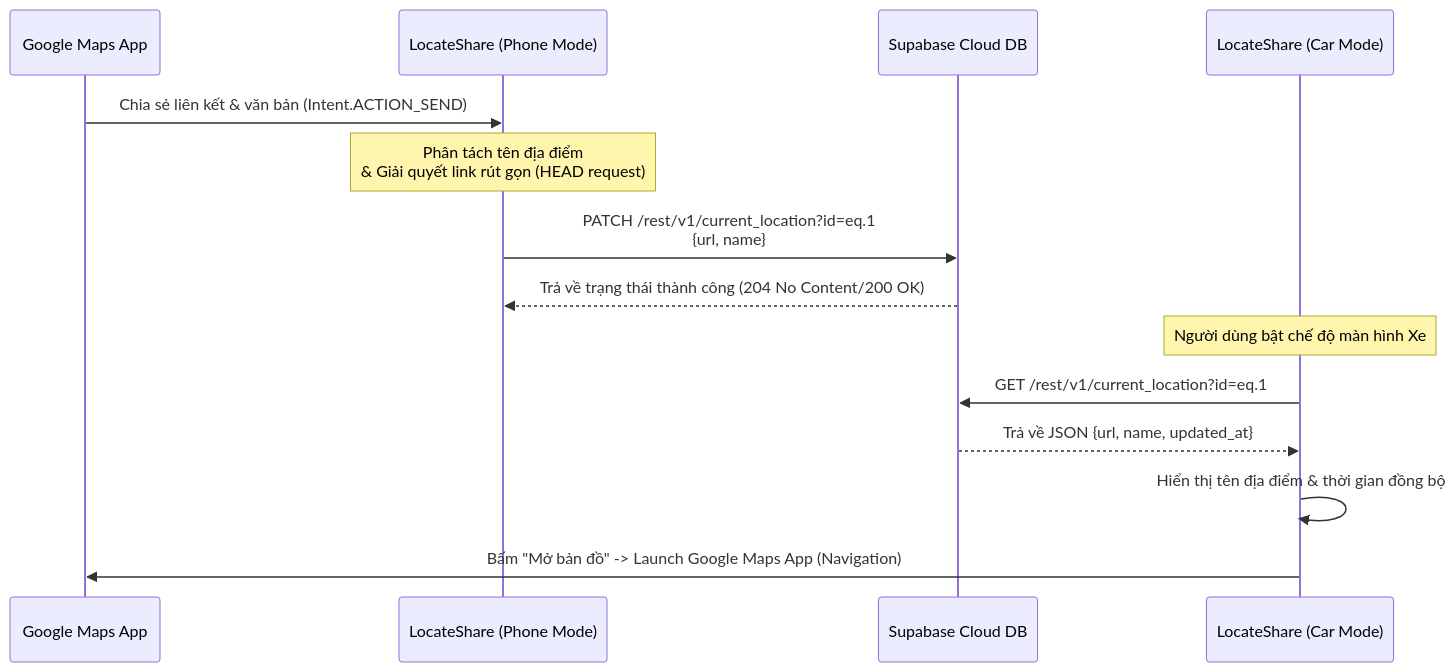
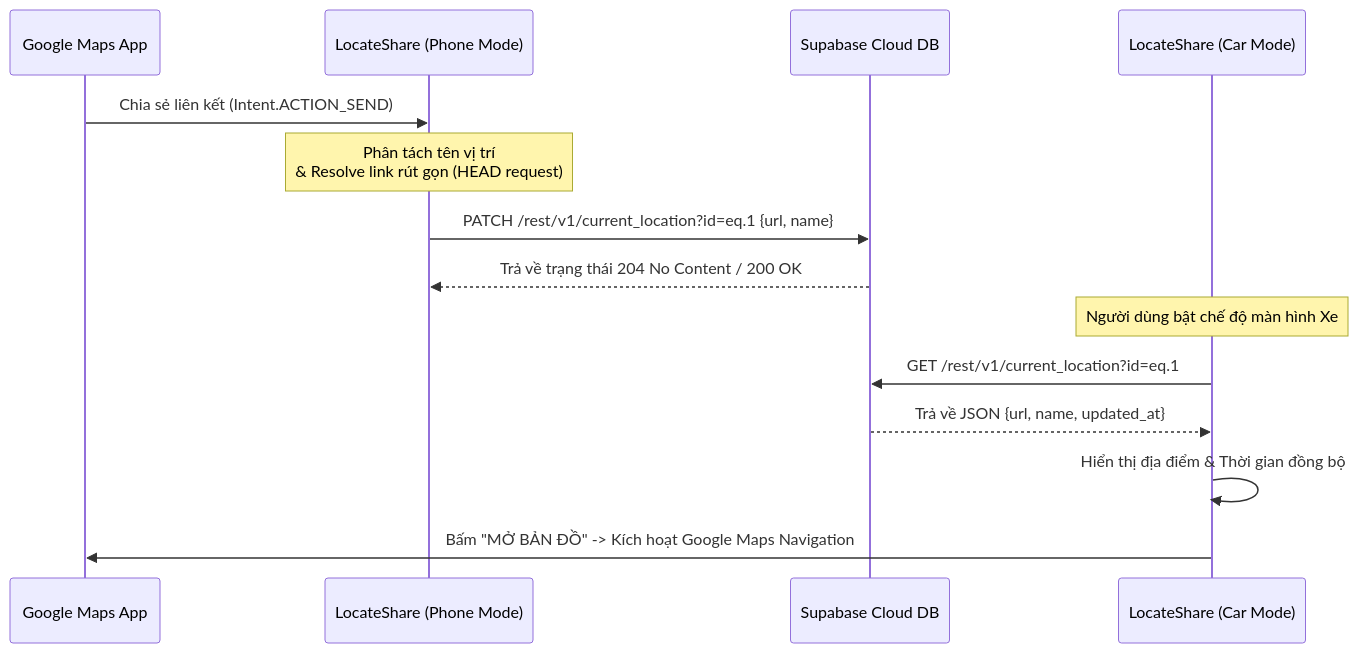
Before and after one commit to skul9x/LocateShare: the first of 3 diagrams in README.md, drawn with Mermaid. The commit also changed other lines of this file and 11 other files, not shown here.

````diff
--- a/README.md
+++ b/README.md
@@ -39,18 +44,18 @@
 ```mermaid
 sequenceDiagram
     participant Maps as Google Maps App
     participant Phone as LocateShare (Phone Mode)
     participant Supabase as Supabase Cloud DB
     participant Car as LocateShare (Car Mode)
 
-    Maps->>Phone: Chia sẻ liên kết & văn bản (Intent.ACTION_SEND)
-    Note over Phone: Phân tách tên địa điểm<br/>& Giải quyết link rút gọn (HEAD request)
-    Phone->>Supabase: PATCH /rest/v1/current_location?id=eq.1<br/>{url, name}
-    Supabase-->>Phone: Trả về trạng thái thành công (204 No Content/200 OK)
+    Maps->>Phone: Chia sẻ liên kết (Intent.ACTION_SEND)
+    Note over Phone: Phân tách tên vị trí<br/>& Resolve link rút gọn (HEAD request)
+    Phone->>Supabase: PATCH /rest/v1/current_location?id=eq.1 {url, name}
+    Supabase-->>Phone: Trả về trạng thái 204 No Content / 200 OK
     
     Note over Car: Người dùng bật chế độ màn hình Xe
     Car->>Supabase: GET /rest/v1/current_location?id=eq.1
     Supabase-->>Car: Trả về JSON {url, name, updated_at}
-    Car->>Car: Hiển thị tên địa điểm & thời gian đồng bộ
-    Car->>Maps: Bấm "Mở bản đồ" -> Launch Google Maps App (Navigation)
+    Car->>Car: Hiển thị địa điểm & Thời gian đồng bộ
+    Car->>Maps: Bấm "MỞ BẢN ĐỒ" -> Kích hoạt Google Maps Navigation
 ```
````
